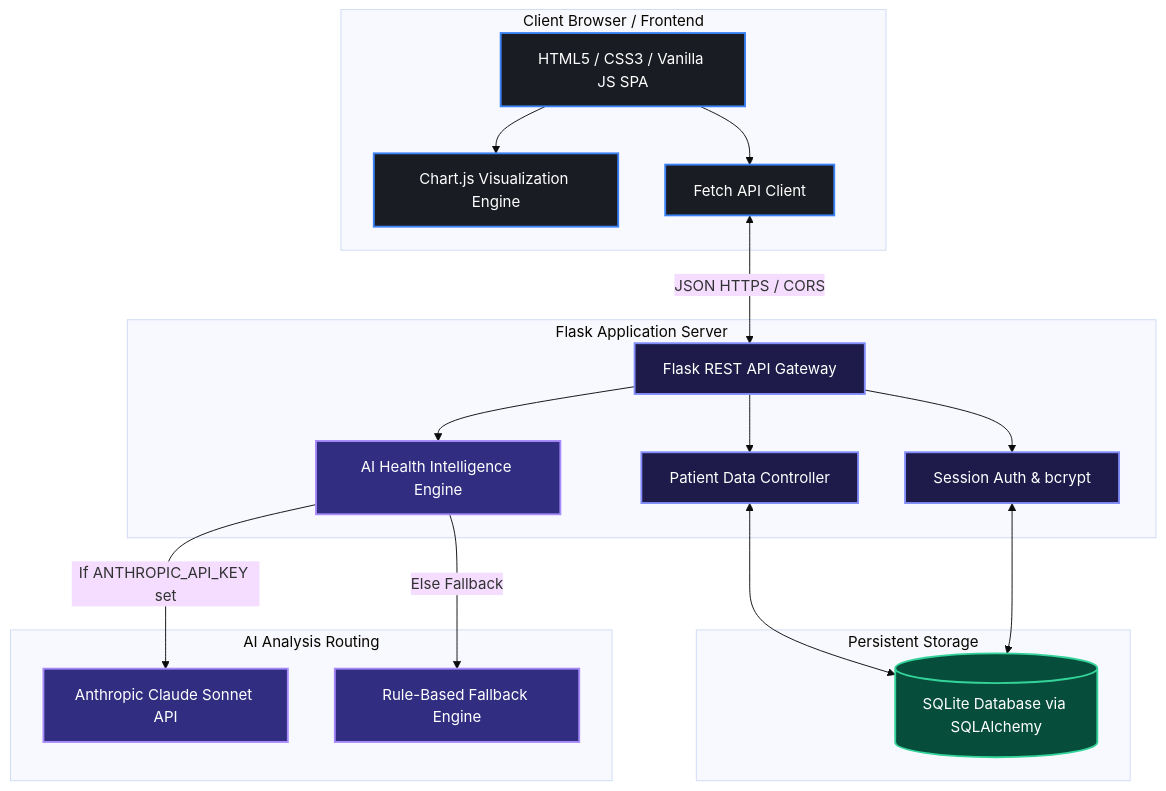
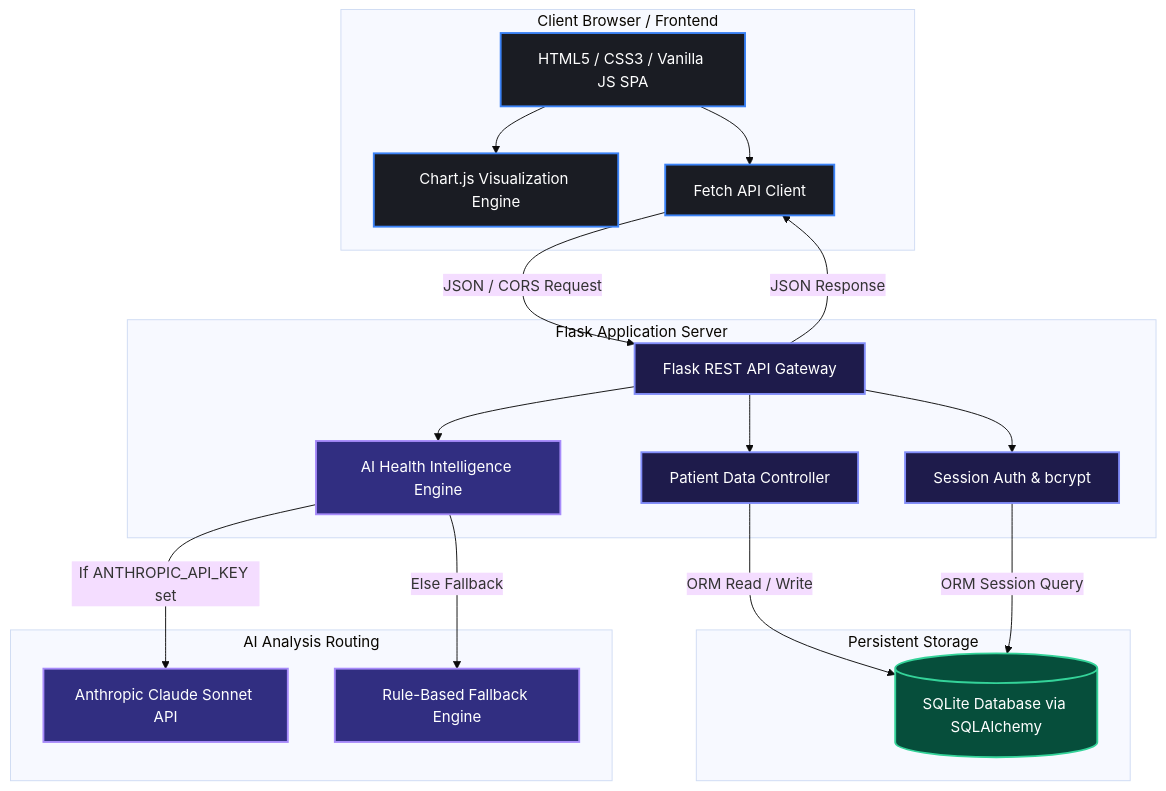
One commit to Reethikaa05/HealthPulse-AI changed the diagram in README.md. Above: the diagram before and after it, drawn with Mermaid (base theme). The commit also changed other lines of this file, not shown here.

Commit message:
docs: resolve Mermaid rendering layout cycle and replace visual banner image with Core Skills panel

````diff
--- a/README.md
+++ b/README.md
@@ -43,50 +49,52 @@
 ```mermaid
-graph TD
+flowchart TD
     %% Frontend Components
     subgraph Frontend [Client Browser / Frontend]
         SPA[HTML5 / CSS3 / Vanilla JS SPA]
         CJS[Chart.js Visualization Engine]
         Fetch[Fetch API Client]
         SPA --> CJS
         SPA --> Fetch
     end
 
     %% Backend Components
     subgraph Backend [Flask Application Server]
         API[Flask REST API Gateway]
         Auth[Session Auth & bcrypt]
         CRUD[Patient Data Controller]
         AI[AI Health Intelligence Engine]
 
-        Fetch <-->|JSON HTTPS / CORS| API
         API --> Auth
         API --> CRUD
         API --> AI
     end
 
     %% Database Component
     subgraph Storage [Persistent Storage]
         DB[(SQLite Database via SQLAlchemy)]
-        CRUD <--> DB
-        Auth <--> DB
     end
 
     %% External Services
     subgraph AIService [AI Analysis Routing]
         Claude[Anthropic Claude Sonnet API]
         RuleEngine[Rule-Based Fallback Engine]
-        
-        AI -->|If ANTHROPIC_API_KEY set| Claude
-        AI -->|Else Fallback| RuleEngine
     end
+
+    %% Connections
+    Fetch -->|JSON / CORS Request| API
+    API -->|JSON Response| Fetch
+    CRUD -->|ORM Read / Write| DB
+    Auth -->|ORM Session Query| DB
+    AI -->|If ANTHROPIC_API_KEY set| Claude
+    AI -->|Else Fallback| RuleEngine
 
     classDef front fill:#1a1c23,stroke:#3b82f6,stroke-width:2px,color:#fff;
     classDef back fill:#1e1b4b,stroke:#818cf8,stroke-width:2px,color:#fff;
     classDef db fill:#064e3b,stroke:#34d399,stroke-width:2px,color:#fff;
     classDef ai fill:#312e81,stroke:#a78bfa,stroke-width:2px,color:#fff;
 
     class SPA,CJS,Fetch front;
     class API,Auth,CRUD back;
     class DB db;
     class AI,Claude,RuleEngine ai;
 ```
````
